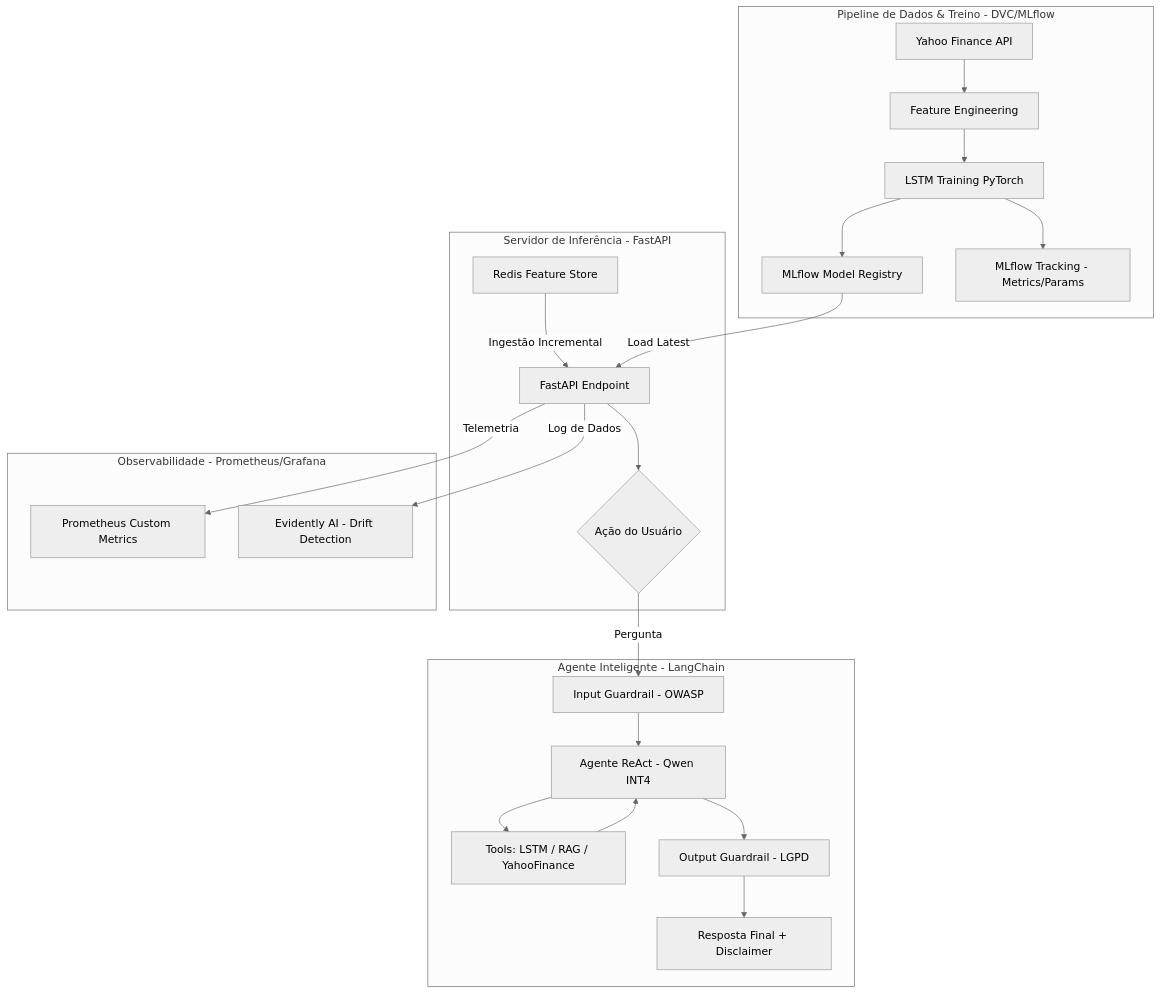
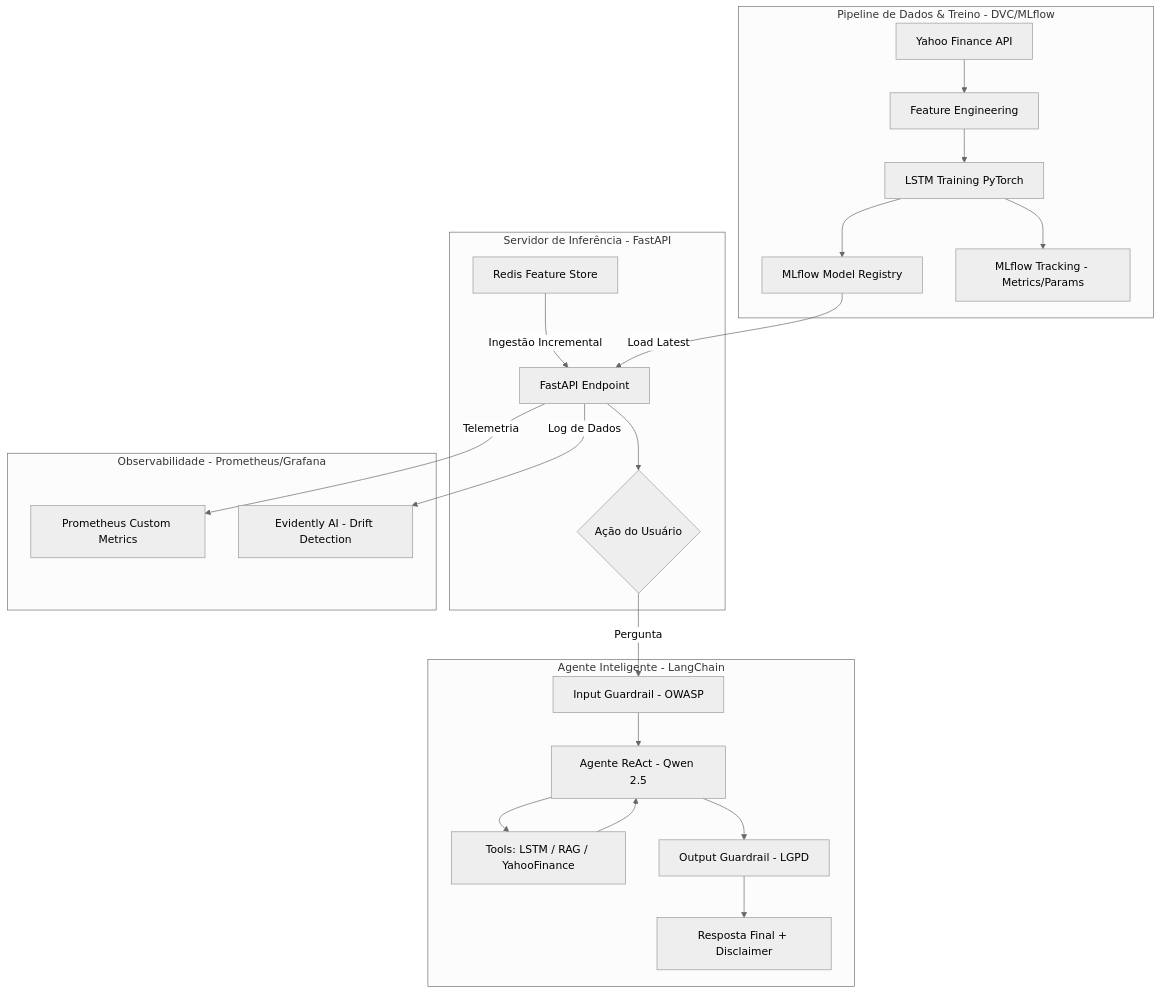
One commit to Igor-wcs/MLOPS changed the diagram in docs/ARCHITECTURE.md. Above: the diagram before and after it, drawn with Mermaid (neutral theme). The commit also changed other lines of this file and 10 other files, not shown here.

````diff
--- a/docs/ARCHITECTURE.md
+++ b/docs/ARCHITECTURE.md
@@ -9,29 +9,29 @@
 ```mermaid
 flowchart TD
     subgraph Data_Pipeline [Pipeline de Dados & Treino - DVC/MLflow]
         A[Yahoo Finance API] --> B[Feature Engineering]
         B --> C[LSTM Training PyTorch]
         C --> D[MLflow Model Registry]
         C --> E[MLflow Tracking - Metrics/Params]
     end
 
     subgraph Real_Time_Serving [Servidor de Inferência - FastAPI]
         F[Redis Feature Store] -- Ingestão Incremental --> G[FastAPI Endpoint]
         D -- Load Latest --> G
         G --> H{Ação do Usuário}
     end
 
     subgraph Agent_Orchestration [Agente Inteligente - LangChain]
         H -- Pergunta --> I[Input Guardrail - OWASP]
-        I --> J[Agente ReAct - Qwen INT4]
+        I --> J[Agente ReAct - Qwen 2.5]
         J --> K[Tools: LSTM / RAG / YahooFinance]
         K --> J
         J --> L[Output Guardrail - LGPD]
         L --> M[Resposta Final + Disclaimer]
     end
 
     subgraph Monitoring_Layer [Observabilidade - Prometheus/Grafana]
         G -- Telemetria --> N[Prometheus Custom Metrics]
         G -- Log de Dados --> O[Evidently AI - Drift Detection]
     end
 ```
````
